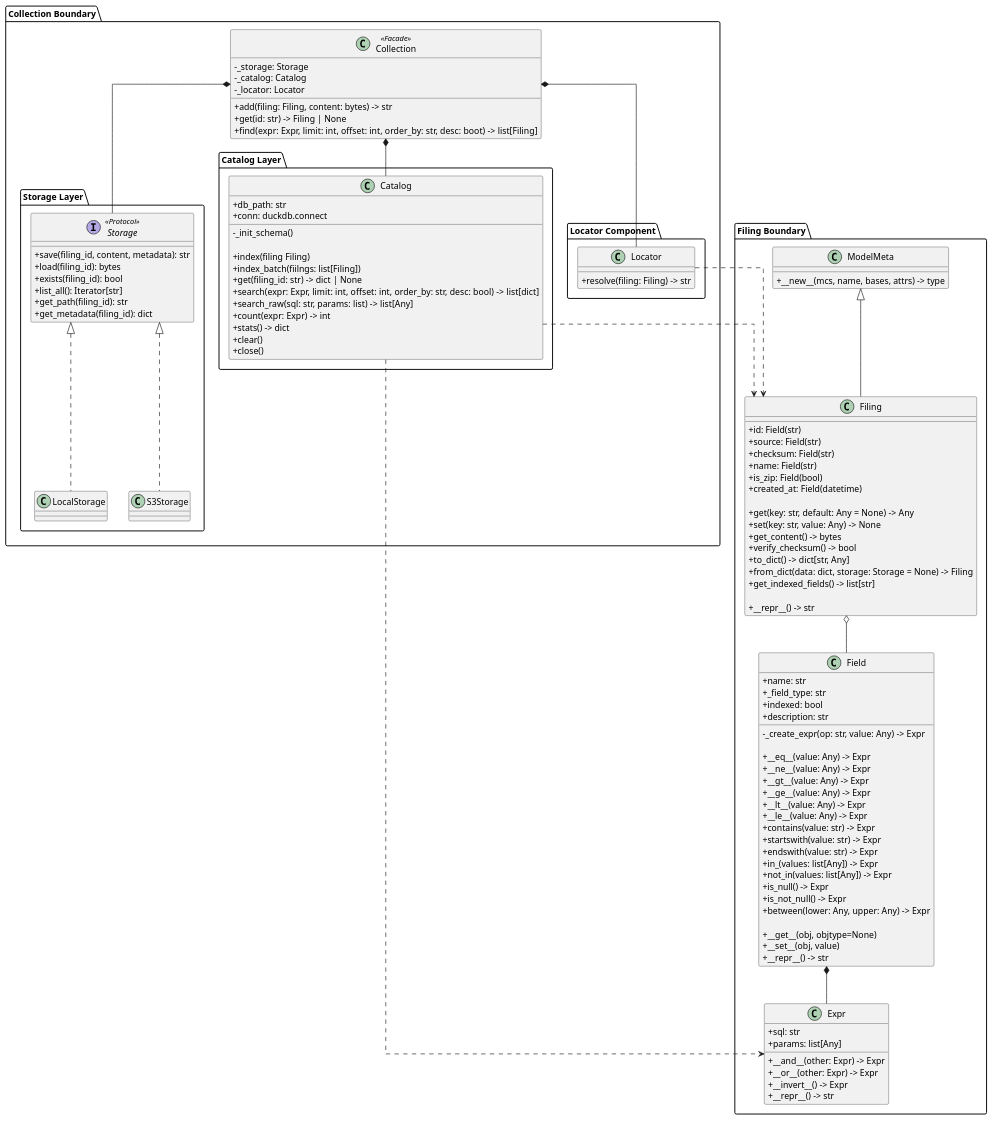
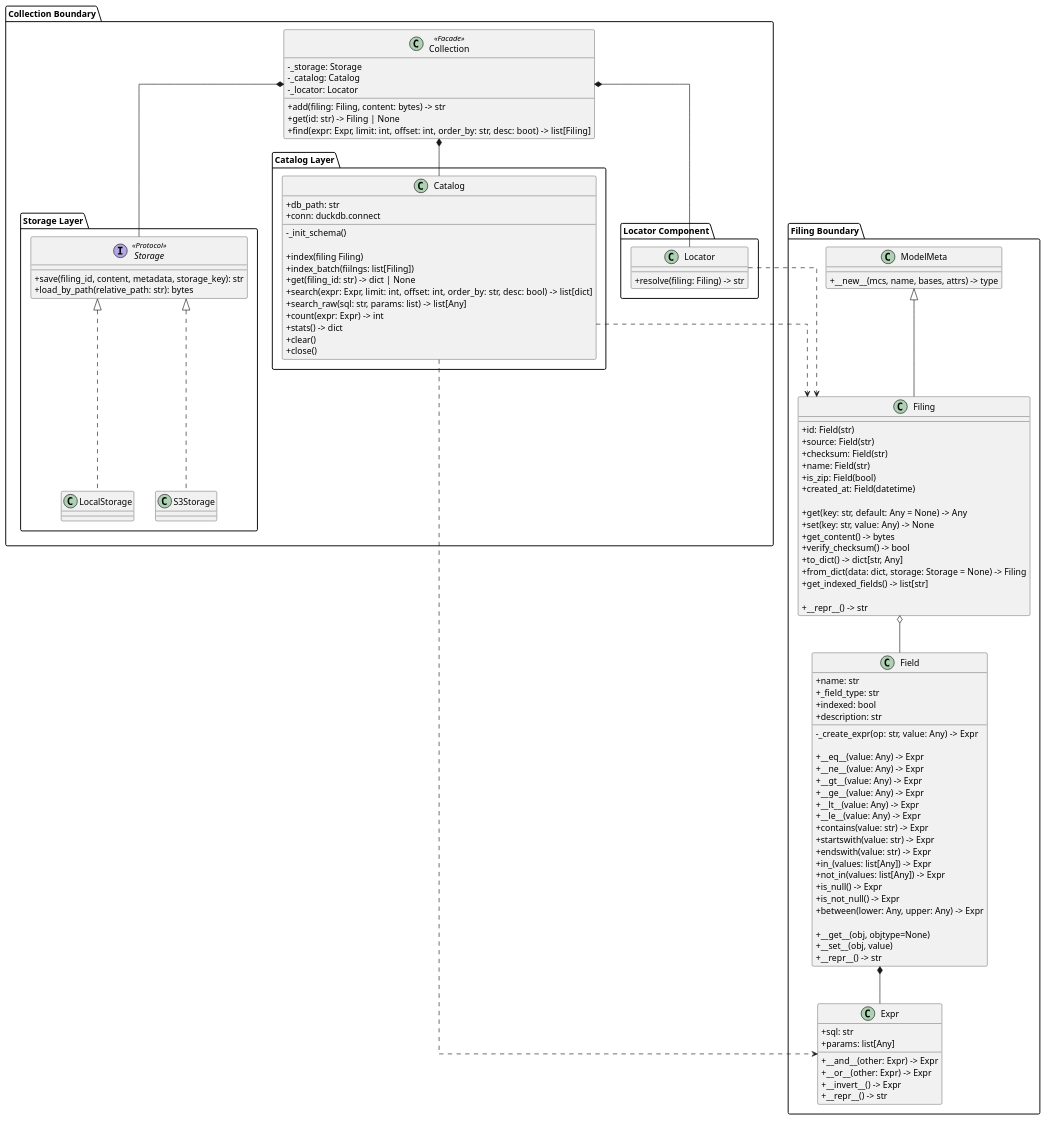
The diagram in docs/collection/coding_collection.puml (fino-dev/fino-filing), drawn with PlantUML before and after one commit. The commit also changed 5 other files, not shown here.

```diff
--- a/docs/collection/coding_collection.puml
+++ b/docs/collection/coding_collection.puml
@@ -1,141 +1,137 @@
 @startuml FilingCollection Class Diagram
 skinparam linetype ortho
 skinparam classAttributeIconSize 0
 
 package "Collection Boundary" {
 
     class Collection <<Facade>> {
         - _storage: Storage
         - _catalog: Catalog
         - _locator: Locator
 
         + add(filing: Filing, content: bytes) -> str
         + get(id: str) -> Filing | None
         + find(expr: Expr, limit: int, offset: int, order_by: str, desc: boot) -> list[Filing]
     }
 
     package "Locator Component" {
         class Locator {
             + resolve(filing: Filing) -> str
         }
     }
 
     package "Storage Layer" {
         interface Storage <<Protocol>> {
-            + save(filing_id, content, metadata): str
-            + load(filing_id): bytes
-            + exists(filing_id): bool
-            + list_all(): Iterator[str]
-            + get_path(filing_id): str
-            + get_metadata(filing_id): dict
+            + save(filing_id, content, metadata, storage_key): str
+            + load_by_path(relative_path: str): bytes
         }
         
         class LocalStorage {}
 
         class S3Storage {}
     }
 
     package "Catalog Layer" {
         class Catalog {
             + db_path: str
             + conn: duckdb.connect
 
             - _init_schema()
 
             + index(filing Filing)
             + index_batch(fiilngs: list[Filing])
             + get(filing_id: str) -> dict | None
             + search(expr: Expr, limit: int, offset: int, order_by: str, desc: bool) -> list[dict]
             + search_raw(sql: str, params: list) -> list[Any]
             + count(expr: Expr) -> int
             + stats() -> dict
             + clear()
             + close()
         }
     }
 
 
 }
 
 package "Filing Boundary" {
 
     class ModelMeta {
         + __new__(mcs, name, bases, attrs) -> type
     }
 
     class Filing {
         + id: Field(str)
         + source: Field(str)
         + checksum: Field(str)
         + name: Field(str)
         + is_zip: Field(bool)
         + created_at: Field(datetime)
 
         + get(key: str, default: Any = None) -> Any
         + set(key: str, value: Any) -> None
         + get_content() -> bytes
         + verify_checksum() -> bool
         + to_dict() -> dict[str, Any]
         + from_dict(data: dict, storage: Storage = None) -> Filing
         + get_indexed_fields() -> list[str]
         
         + __repr__() -> str
     }
 
     class Expr {
         + sql: str
         + params: list[Any]
 
         + __and__(other: Expr) -> Expr
         + __or__(other: Expr) -> Expr
         + __invert__() -> Expr
         + __repr__() -> str
     }
 
     class Field {
         + name: str
         + _field_type: str
         + indexed: bool
         + description: str
 
         - _create_expr(op: str, value: Any) -> Expr
 
         + __eq__(value: Any) -> Expr
         + __ne__(value: Any) -> Expr
         + __gt__(value: Any) -> Expr
         + __ge__(value: Any) -> Expr
         + __lt__(value: Any) -> Expr
         + __le__(value: Any) -> Expr
         + contains(value: str) -> Expr
         + startswith(value: str) -> Expr
         + endswith(value: str) -> Expr
         + in_(values: list[Any]) -> Expr
         + not_in(values: list[Any]) -> Expr
         + is_null() -> Expr
         + is_not_null() -> Expr
         + between(lower: Any, upper: Any) -> Expr
 
         + __get__(obj, objtype=None)
         + __set__(obj, value)
         + __repr__() -> str
     }
 }
 
 ' 継承
 ModelMeta <|-- Filing
 ' 集約 (自律的な親子関係)
 Filing o-- Field
 ' 構成
 Collection *-- Storage
 Collection *-- Catalog
 Collection *-- Locator
 Field *-- Expr
 ' 依存
 Catalog  ..> Filing 
 Catalog ..> Expr
 Locator ..> Filing
 ' 実装
 Storage <|.. LocalStorage
 Storage <|.. S3Storage
 
 @enduml
```
